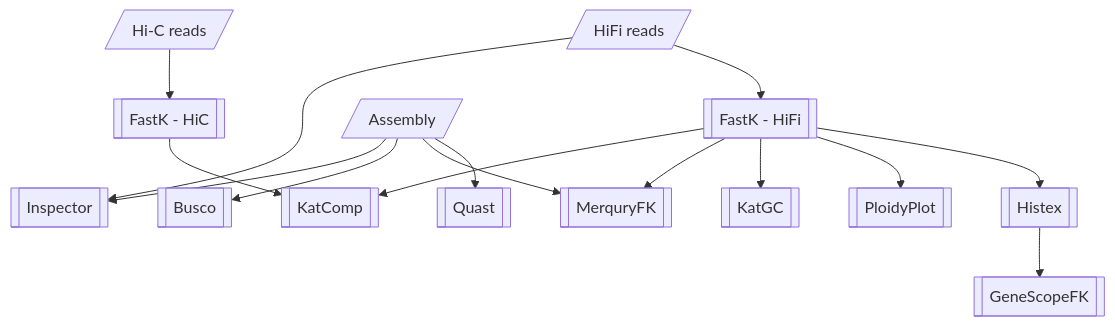
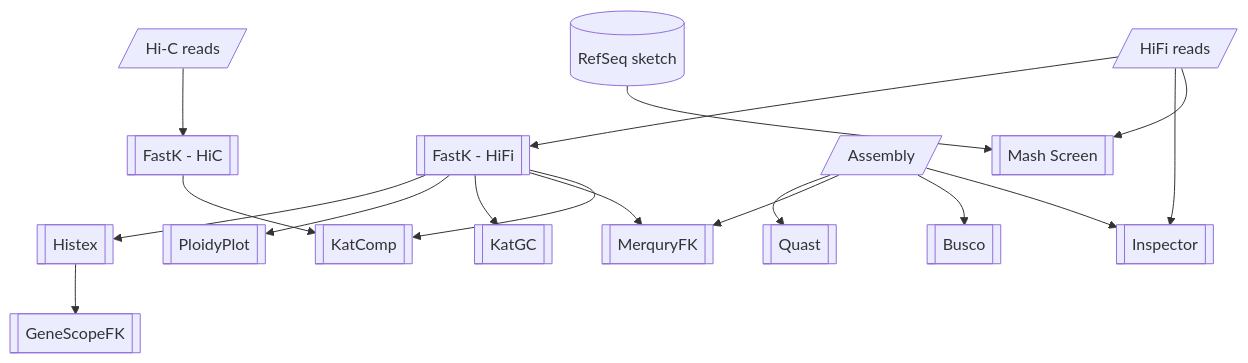
The second of 2 diagrams in README.md (NBISweden/Earth-Biogenome-Project-pilot), drawn with Mermaid before and after one commit. The commit also changed 7 other files, not shown here.

Commit message:
Add mash screen

````diff
--- a/README.md
+++ b/README.md
@@ -23,17 +23,19 @@
 ```mermaid
 flowchart TD
     hifi[/ HiFi reads /] --> fastk_hifi[[ FastK - HiFi ]]
     hic[/ Hi-C reads /] --> fastk_hic[[ FastK - HiC ]]
     assembly[/ Assembly /] --> quast[[ Quast ]]
     fastk_hifi --> histex[[ Histex ]]
     histex --> genescopefk[[ GeneScopeFK ]]
     fastk_hifi --> ploidyplot[[ PloidyPlot ]]
     fastk_hifi --> katgc[[ KatGC ]]
     fastk_hifi --> merquryfk[[ MerquryFK ]]
     assembly --> merquryfk
     fastk_hifi --> katcomp[[ KatComp ]]
     fastk_hic --> katcomp
     assembly --> busco[[ Busco ]]
     assembly --> inspector[[ Inspector ]]
     hifi --> inspector
+    refseq_sketch[( RefSeq sketch )] --> mash_screen[[ Mash Screen ]]
+    hifi --> mash_screen
 ```
````
